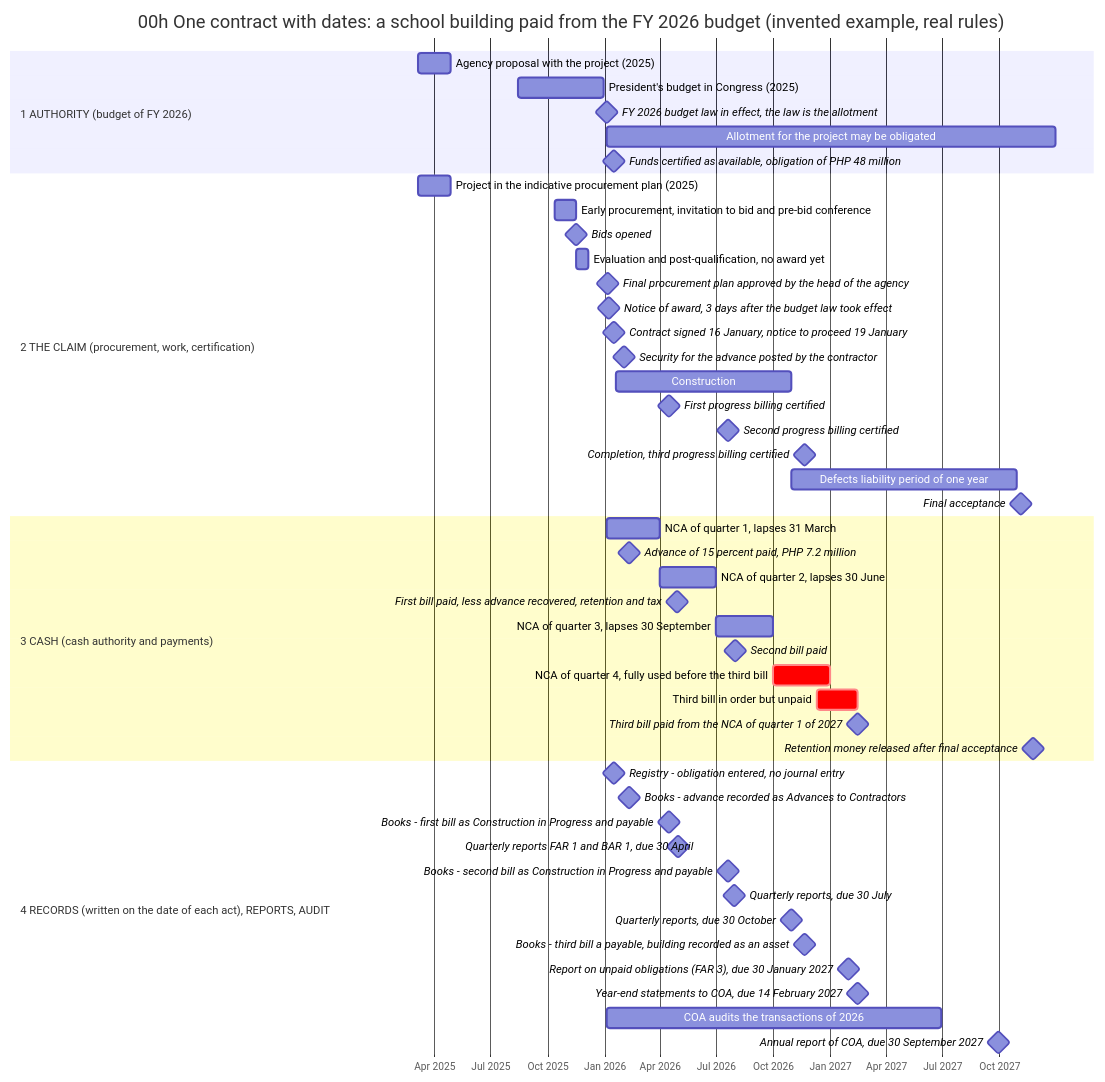
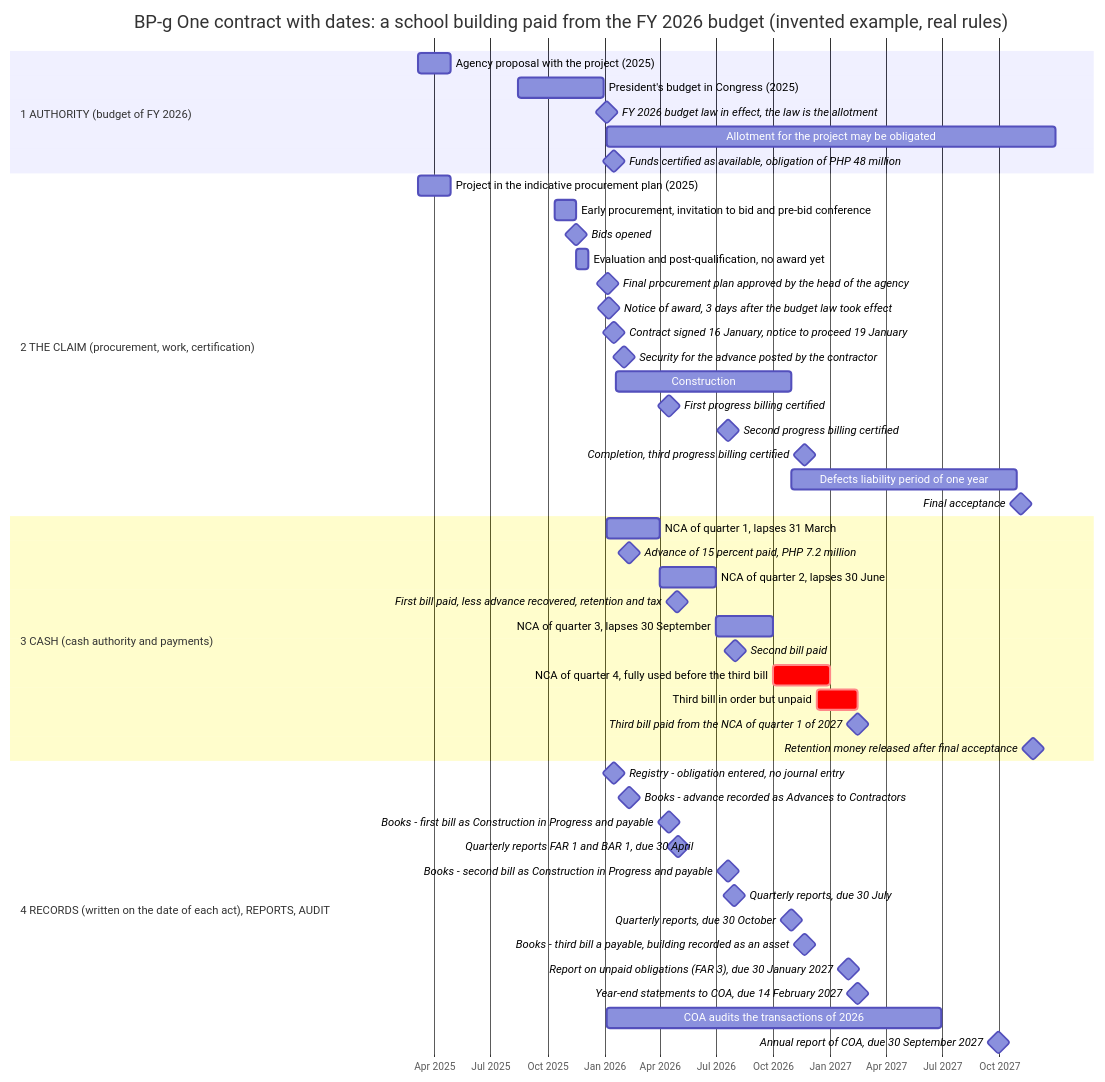
One commit to miraflor/philippine-pfm-atlas changed the seventh of 8 diagrams in docs/atlas/00_BIG_PICTURE.md. Above: the diagram before and after it, drawn with Mermaid. The commit also changed other lines of this file and 1266 other files, not shown here.

````diff
--- a/docs/atlas/00_BIG_PICTURE.md
+++ b/docs/atlas/00_BIG_PICTURE.md
@@ -962,62 +962,62 @@
 ```mermaid
 ---
-title: "00h  One contract with dates: a school building paid from the FY 2026 budget (invented example, real rules)"
+title: "BP-g  One contract with dates: a school building paid from the FY 2026 budget (invented example, real rules)"
 config:
   gantt:
     leftPadding: 400
 ---
 gantt
   dateFormat YYYY-MM-DD
   axisFormat %b %Y
   tickInterval 3month
   todayMarker off
 
   section 1 AUTHORITY (budget of FY 2026)
     Agency proposal with the project (2025)                              :a1, 2025-03-06, 2025-04-28
     President's budget in Congress (2025)                                :a2, 2025-08-15, 2025-12-31
     FY 2026 budget law in effect, the law is the allotment               :milestone, a3, 2026-01-05, 0d
     Allotment for the project may be obligated                           :a4, 2026-01-05, 2027-12-31
     Funds certified as available, obligation of PHP 48 million           :milestone, a5, 2026-01-16, 0d
 
   section 2 THE CLAIM (procurement, work, certification)
     Project in the indicative procurement plan (2025)                    :b1, 2025-03-06, 2025-04-28
     Early procurement, invitation to bid and pre-bid conference          :b2, 2025-10-13, 2025-11-17
     Bids opened                                                          :milestone, b3, 2025-11-17, 0d
     Evaluation and post-qualification, no award yet                      :b4, 2025-11-17, 2025-12-06
     Final procurement plan approved by the head of the agency            :milestone, b4a, 2026-01-07, 0d
     Notice of award, 3 days after the budget law took effect             :milestone, b5, 2026-01-08, 0d
     Contract signed 16 January, notice to proceed 19 January             :milestone, b6, 2026-01-16, 0d
     Security for the advance posted by the contractor                    :milestone, b6a, 2026-02-02, 0d
     Construction                                                         :b7, 2026-01-20, 2026-10-30
     First progress billing certified                                     :milestone, b8, 2026-04-15, 0d
     Second progress billing certified                                    :milestone, b9, 2026-07-20, 0d
     Completion, third progress billing certified                         :milestone, b10, 2026-11-20, 0d
     Defects liability period of one year                                 :b11, 2026-10-30, 2027-10-30
     Final acceptance                                                     :milestone, b12, 2027-11-05, 0d
 
   section 3 CASH (cash authority and payments)
     NCA of quarter 1, lapses 31 March                                    :c1, 2026-01-05, 2026-03-31
     Advance of 15 percent paid, PHP 7.2 million                          :milestone, c1a, 2026-02-10, 0d
     NCA of quarter 2, lapses 30 June                                     :c2, 2026-04-01, 2026-06-30
     First bill paid, less advance recovered, retention and tax           :milestone, c3, 2026-04-28, 0d
     NCA of quarter 3, lapses 30 September                                :c4, 2026-07-01, 2026-09-30
     Second bill paid                                                     :milestone, c5, 2026-07-31, 0d
     NCA of quarter 4, fully used before the third bill                   :crit, c6, 2026-10-01, 2026-12-31
     Third bill in order but unpaid                                       :crit, c7, 2026-12-10, 2027-02-15
     Third bill paid from the NCA of quarter 1 of 2027                    :milestone, c8, 2027-02-15, 0d
     Retention money released after final acceptance                      :milestone, c9, 2027-11-25, 0d
 
   section 4 RECORDS (written on the date of each act), REPORTS, AUDIT
     Registry - obligation entered, no journal entry                      :milestone, d0, 2026-01-16, 0d
     Books - advance recorded as Advances to Contractors                  :milestone, d0a, 2026-02-10, 0d
     Books - first bill as Construction in Progress and payable           :milestone, d0b, 2026-04-15, 0d
     Quarterly reports FAR 1 and BAR 1, due 30 April                      :milestone, d1, 2026-04-30, 0d
     Books - second bill as Construction in Progress and payable          :milestone, d1a, 2026-07-20, 0d
     Quarterly reports, due 30 July                                       :milestone, d2, 2026-07-30, 0d
     Quarterly reports, due 30 October                                    :milestone, d3, 2026-10-30, 0d
     Books - third bill a payable, building recorded as an asset          :milestone, d4, 2026-11-20, 0d
     Report on unpaid obligations (FAR 3), due 30 January 2027            :milestone, d5, 2027-01-30, 0d
     Year-end statements to COA, due 14 February 2027                     :milestone, d6, 2027-02-14, 0d
     COA audits the transactions of 2026                                  :d7, 2026-01-05, 2027-06-30
     Annual report of COA, due 30 September 2027                          :milestone, d8, 2027-09-30, 0d
 ```
````
